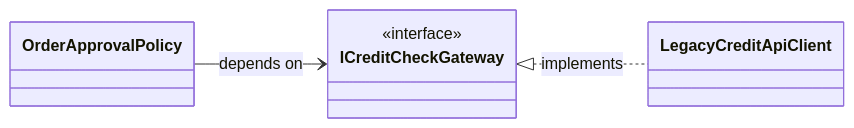
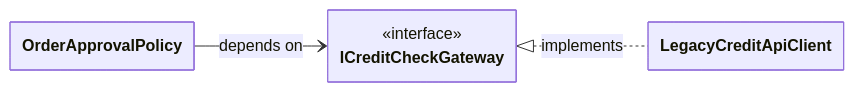
Before and after one commit to jeff-adkisson/swe-4743-spring-2026-oo-design: the second of 7 diagrams in presentations/09-dependency-inversion-principle.md, drawn with Mermaid. The commit also changed other lines of this file, not shown here.

First line of the commit message:
Enhances presentation with definitions and diagram styling

````diff
--- a/presentations/09-dependency-inversion-principle.md
+++ b/presentations/09-dependency-inversion-principle.md
@@ -99,11 +111,17 @@
 ```mermaid
+---
+  config:
+    class:
+      hideEmptyMembersBox: true
+---
+
 classDiagram
 direction LR
 class OrderApprovalPolicy
 class ICreditCheckGateway {
   <<interface>>
 }
 class LegacyCreditApiClient
 OrderApprovalPolicy --> ICreditCheckGateway : depends on
 ICreditCheckGateway <|.. LegacyCreditApiClient : implements
 ```
````
